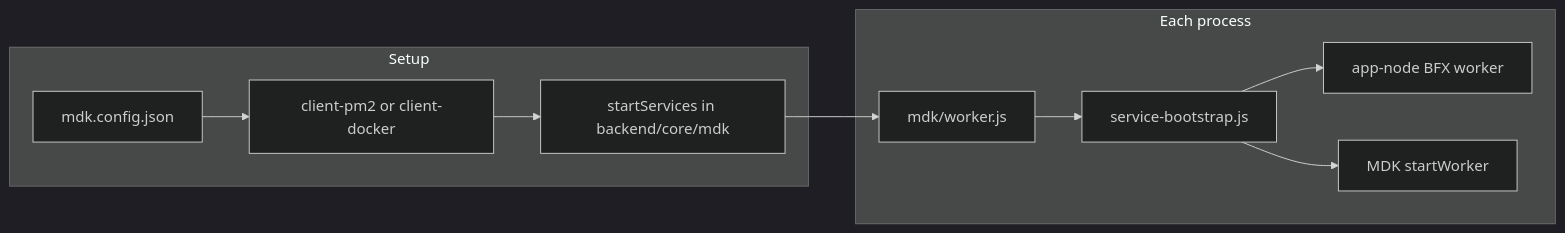
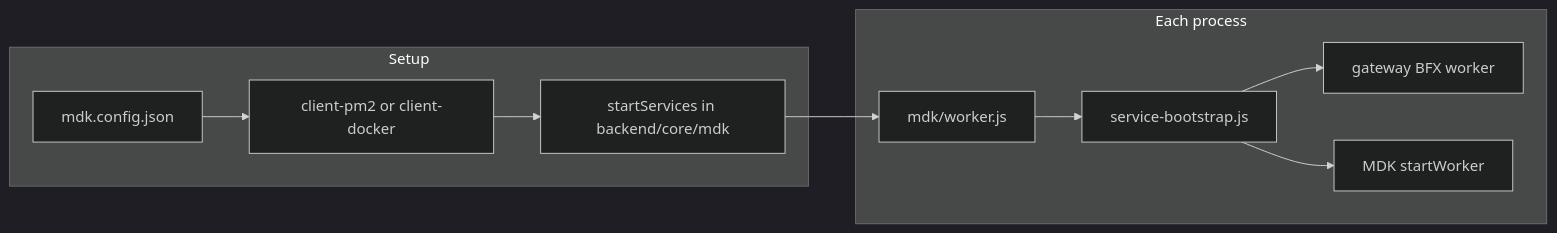
The diagram in examples/backend/site/README.md (tetherto/mdk), drawn with Mermaid (dark theme) before and after one commit. The commit also changed other lines of this file and 4406 other files, not shown here.

````diff
--- a/examples/backend/site/README.md
+++ b/examples/backend/site/README.md
@@ -104,20 +110,20 @@
 ```mermaid
 flowchart LR
   subgraph setup [Setup]
     Config[mdk.config.json]
     Client[client-pm2 or client-docker]
     MDK[startServices in backend/core/mdk]
   end
 
   subgraph runtime [Each process]
     WorkerJS[mdk/worker.js]
     Bootstrap[service-bootstrap.js]
-    AppNode[app-node BFX worker]
+    Gateway[gateway BFX worker]
     Miner[MDK startWorker]
   end
 
   Config --> Client --> MDK
   MDK --> WorkerJS --> Bootstrap
-  Bootstrap --> AppNode
+  Bootstrap --> Gateway
   Bootstrap --> Miner
 ```
````
